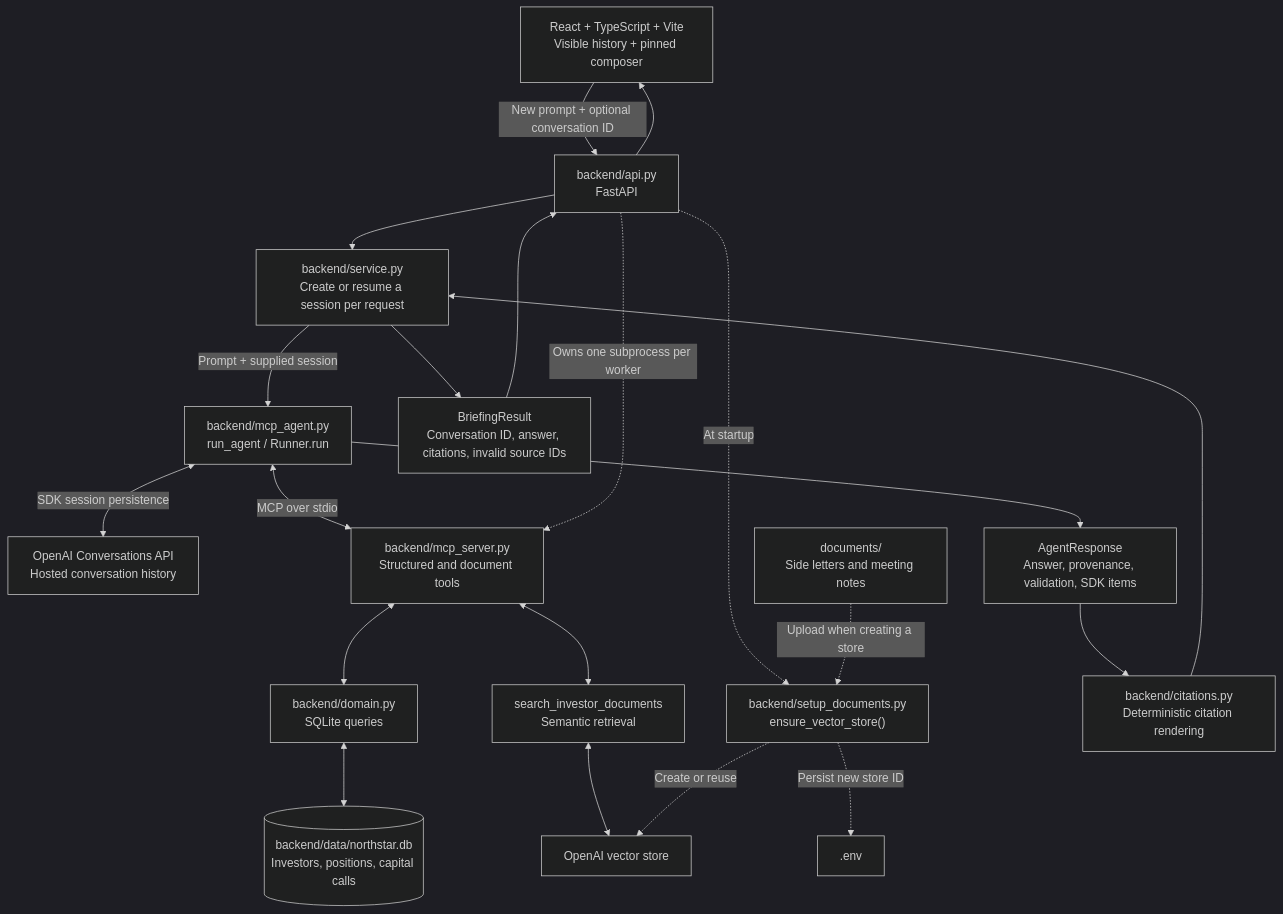
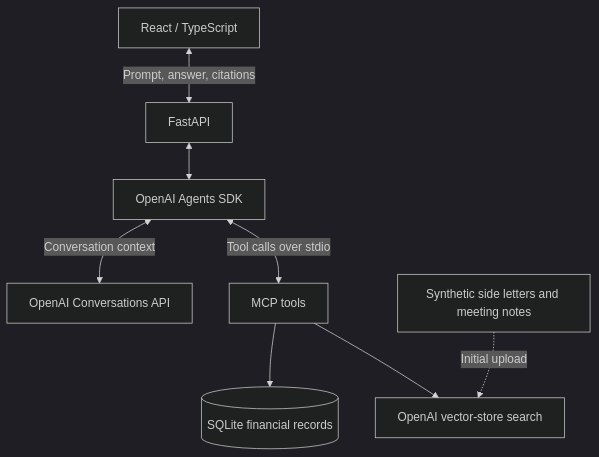
The diagram in README.md (HectorFraireSanchez/gp-investor-relations-agent), drawn with Mermaid (dark theme) before and after one commit. The commit also changed other lines of this file and 9 other files, not shown here.

````diff
--- a/README.md
+++ b/README.md
@@ -58,23 +21,10 @@
 ```mermaid
 flowchart TD
-    WEB["React + TypeScript + Vite<br/>Visible history + pinned composer"] -->|New prompt + optional conversation ID| API["backend/api.py<br/>FastAPI"]
-    API --> SERVICE["backend/service.py<br/>Create or resume a session per request"]
-    SERVICE -->|Prompt + supplied session| A["backend/mcp_agent.py<br/>run_agent / Runner.run"]
-    A <-->|SDK session persistence| HISTORY["OpenAI Conversations API<br/>Hosted conversation history"]
-    A <-->|MCP over stdio| M["backend/mcp_server.py<br/>Structured and document tools"]
-    API -.->|Owns one subprocess per worker| M
-    M <--> D["backend/domain.py<br/>SQLite queries"]
-    D <--> DB[("backend/data/northstar.db<br/>Investors, positions, capital calls")]
-    M <--> S["search_investor_documents<br/>Semantic retrieval"]
-    S <--> V["OpenAI vector store"]
-    API -.->|At startup| SETUP["backend/setup_documents.py<br/>ensure_vector_store()"]
-    F["documents/<br/>Side letters and meeting notes"] -.->|Upload when creating a store| SETUP
-    SETUP -.->|Create or reuse| V
-    SETUP -.->|Persist new store ID| ENV[".env"]
-    A --> RAW["AgentResponse<br/>Answer, provenance, validation, SDK items"]
-    RAW --> R["backend/citations.py<br/>Deterministic citation rendering"]
-    R --> SERVICE
-    SERVICE --> RESULT["BriefingResult<br/>Conversation ID, answer, citations, invalid source IDs"]
-    RESULT --> API
-    API --> WEB
+    UI["React / TypeScript"] <-->|Prompt, answer, citations| API["FastAPI"]
+    API <--> AGENT["OpenAI Agents SDK"]
+    AGENT <-->|Conversation context| HISTORY["OpenAI Conversations API"]
+    AGENT <-->|Tool calls over stdio| MCP["MCP tools"]
+    MCP --> DB[("SQLite financial records")]
+    MCP --> SEARCH["OpenAI vector-store search"]
+    DOCS["Synthetic side letters and meeting notes"] -.->|Initial upload| SEARCH
 ```
````
